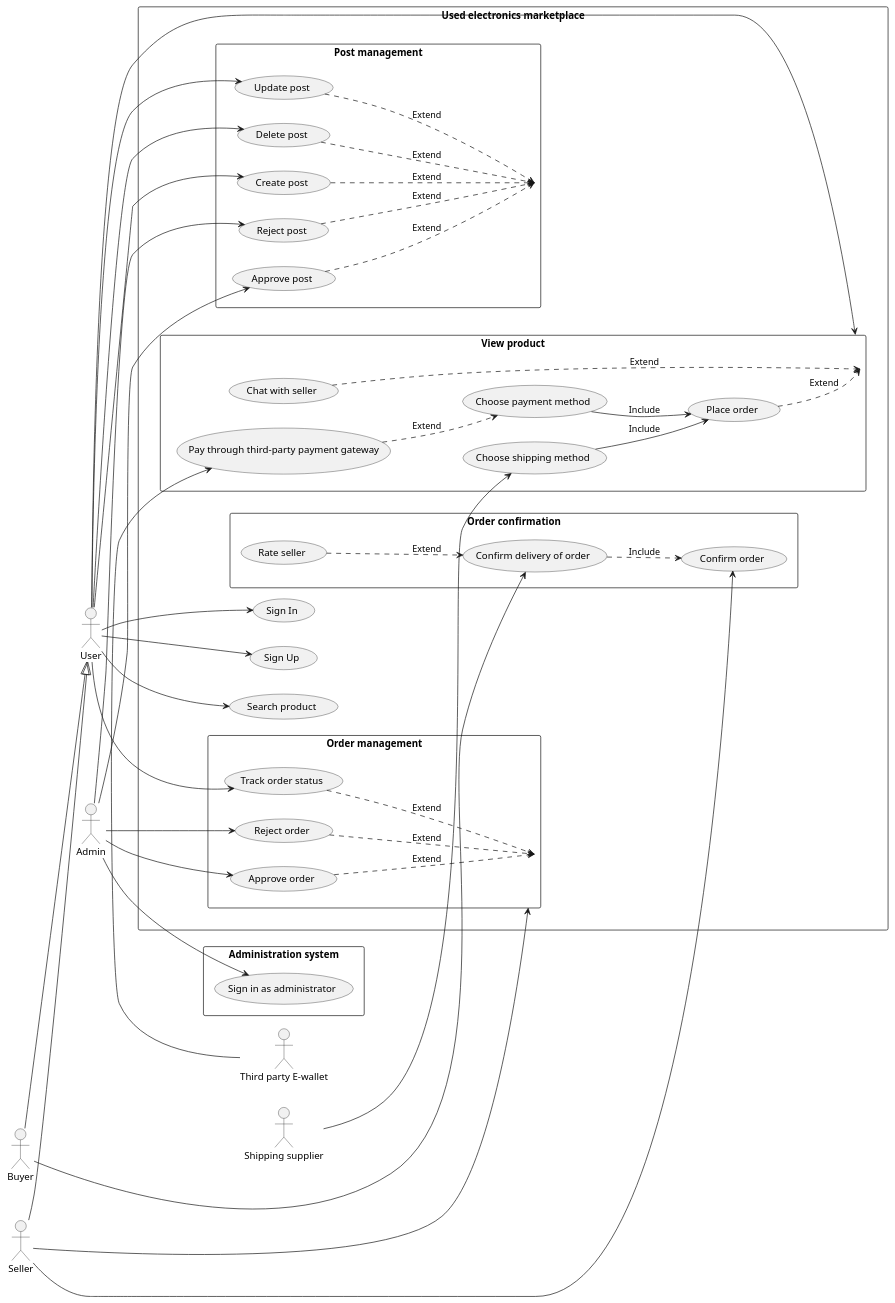
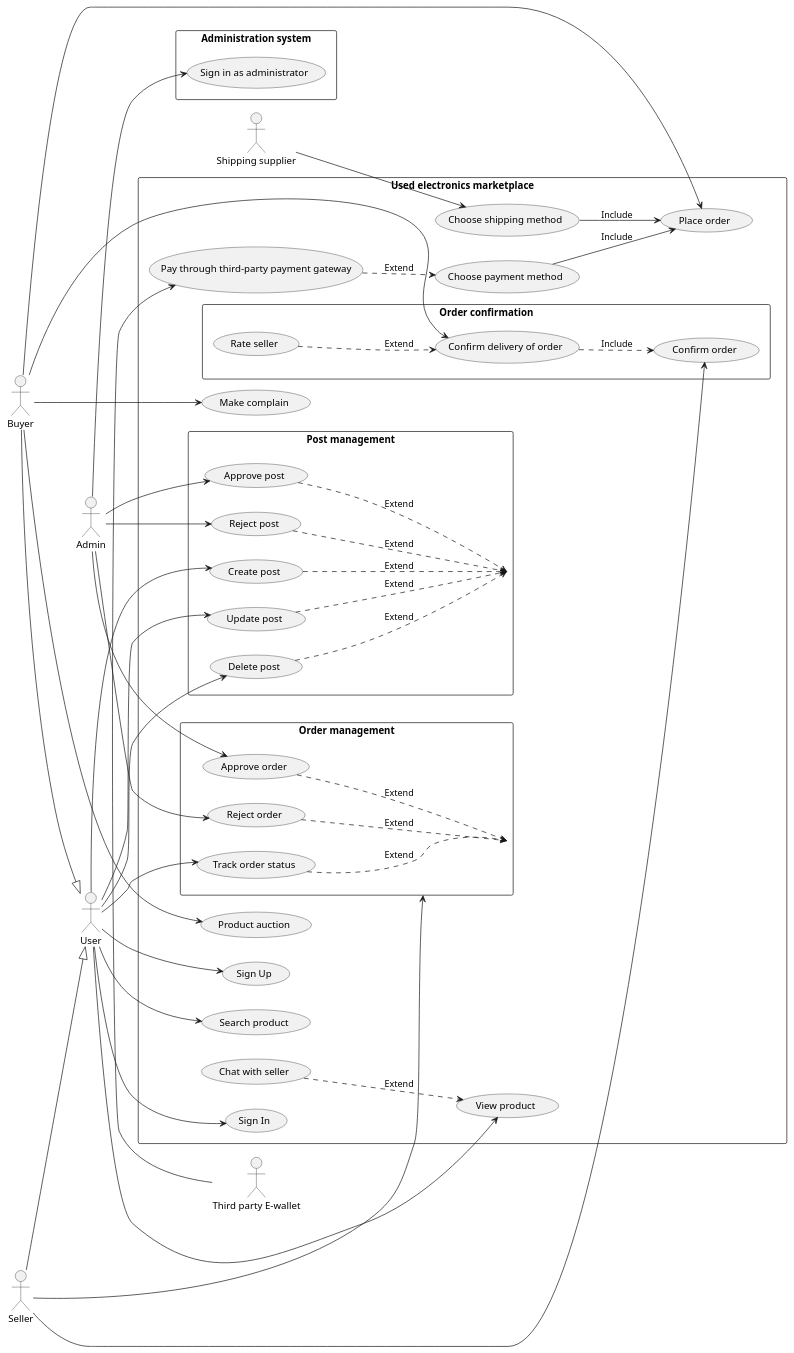
One commit to doublek2712/SE357-Pratice-class changed the diagram in Lab 1.2/puml-code/usecase.puml. Above: the diagram before and after it, drawn with PlantUML. The commit also changed 4 other files, not shown here.

```diff
--- a/Lab 1.2/puml-code/usecase.puml
+++ b/Lab 1.2/puml-code/usecase.puml
@@ -1,60 +1,60 @@
 @startuml
 left to right direction
 skinparam packageStyle rectangle
 actor User
 actor Admin
 actor Buyer
 actor Seller
 actor "Shipping supplier"
 actor "Third party E-wallet"
 rectangle "Used electronics marketplace" {
     User --> (Sign In)
     User --> (Sign Up)
     User --> (View product)
     User --> (Search product)
     rectangle "Post management" {
         (Create post) ..> (Post management): Extend
         (Update post) ..> (Post management): Extend
         (Delete post) ..> (Post management): Extend
         (Approve post) ..> (Post management): Extend
         (Reject post) ..> (Post management): Extend
     }
     rectangle "Order management" {
         (Approve order) ..> (Order management): Extend
         (Reject order) ..> (Order management): Extend
         (Track order status) ..> (Order management): Extend
     }
     rectangle "Order confirmation" {
         (Rate seller) ..> (Confirm delivery of order): Extend
         Seller --> (Confirm order)
         (Confirm delivery of order) ..> (Confirm order): Include
     }
-    rectangle "View product" {
-       (Chat with seller) ..> (View product): Extend
-       (Place order) ..> (View product): Extend
-       (Choose payment method) --> (Place order): Include
-       (Choose shipping method) --> (Place order): Include
-       "Shipping supplier" --> (Choose shipping method)
-       (Pay through third-party payment gateway) ..> (Choose payment method): Extend
-       "Third party E-wallet" -> (Pay through third-party payment gateway)
-    }
+
+    (Chat with seller) ..> (View product): Extend
+    (Choose payment method) --> (Place order): Include
+    (Choose shipping method) --> (Place order): Include
+    "Shipping supplier" --> (Choose shipping method)
+    (Pay through third-party payment gateway) ..> (Choose payment method): Extend
+    "Third party E-wallet" -> (Pay through third-party payment gateway)
+    Buyer --> (Place order)
     User --> (Create post)
     User --> (Update post)
     User --> (Delete post)
     Admin --> (Approve post)
     Admin --> (Reject post)
     Admin --> (Approve order)
     Admin --> (Reject order)
     Seller --> (Order management)
     User --> (Track order status)
     Buyer --> (Confirm delivery of order)
-
+    Buyer --> (Make complain)
+    Buyer --> (Product auction)
 }
 rectangle "Administration system"{
     Admin --> (Sign in as administrator)
 }
 
 Buyer --|> User
 Seller --|> User
 
 @enduml
```
